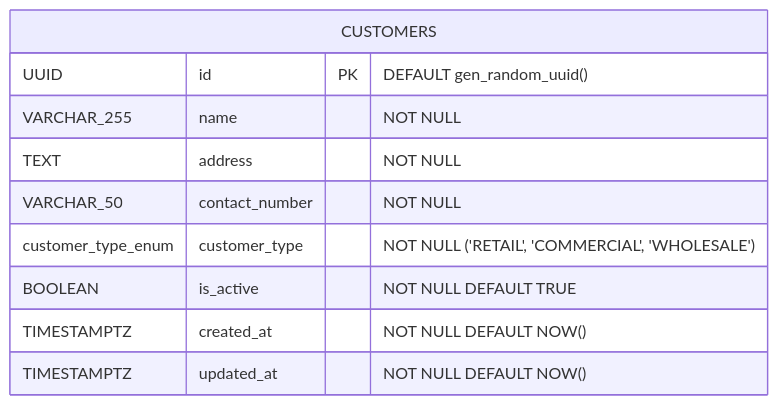
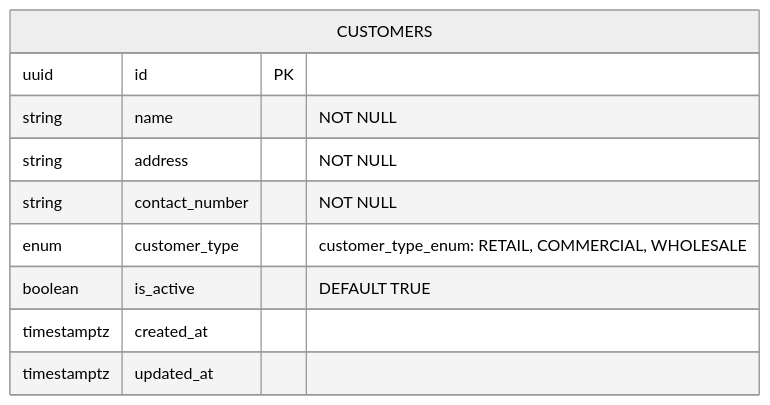
Before and after one commit to madayawgas/madayawgas-frontend: the diagram in docs/ERD_mermaid/sales_and_delivery_erd.md, drawn with Mermaid. The commit also changed other lines of this file and 39 other files, not shown here.

````diff
--- a/docs/ERD_mermaid/sales_and_delivery_erd.md
+++ b/docs/ERD_mermaid/sales_and_delivery_erd.md
@@ -11,18 +11,25 @@
 ```mermaid
+---
+config:
+  layout: elk
+  theme: neutral
+---
+
 erDiagram
+
     %% ==========================================
     %% ENUMS
     %% ==========================================
     %% customer_type_enum: 'RETAIL', 'COMMERCIAL', 'WHOLESALE'
 
     CUSTOMERS {
-        UUID id PK "DEFAULT gen_random_uuid()"
-        VARCHAR_255 name "NOT NULL"
-        TEXT address "NOT NULL"
-        VARCHAR_50 contact_number "NOT NULL"
-        customer_type_enum customer_type "NOT NULL ('RETAIL', 'COMMERCIAL', 'WHOLESALE')"
-        BOOLEAN is_active "NOT NULL DEFAULT TRUE"
-        TIMESTAMPTZ created_at "NOT NULL DEFAULT NOW()"
-        TIMESTAMPTZ updated_at "NOT NULL DEFAULT NOW()"
+        uuid id PK
+        string name "NOT NULL"
+        string address "NOT NULL"
+        string contact_number "NOT NULL"
+        enum customer_type "customer_type_enum: RETAIL, COMMERCIAL, WHOLESALE"
+        boolean is_active "DEFAULT TRUE"
+        timestamptz created_at
+        timestamptz updated_at
     }
 ```
````
